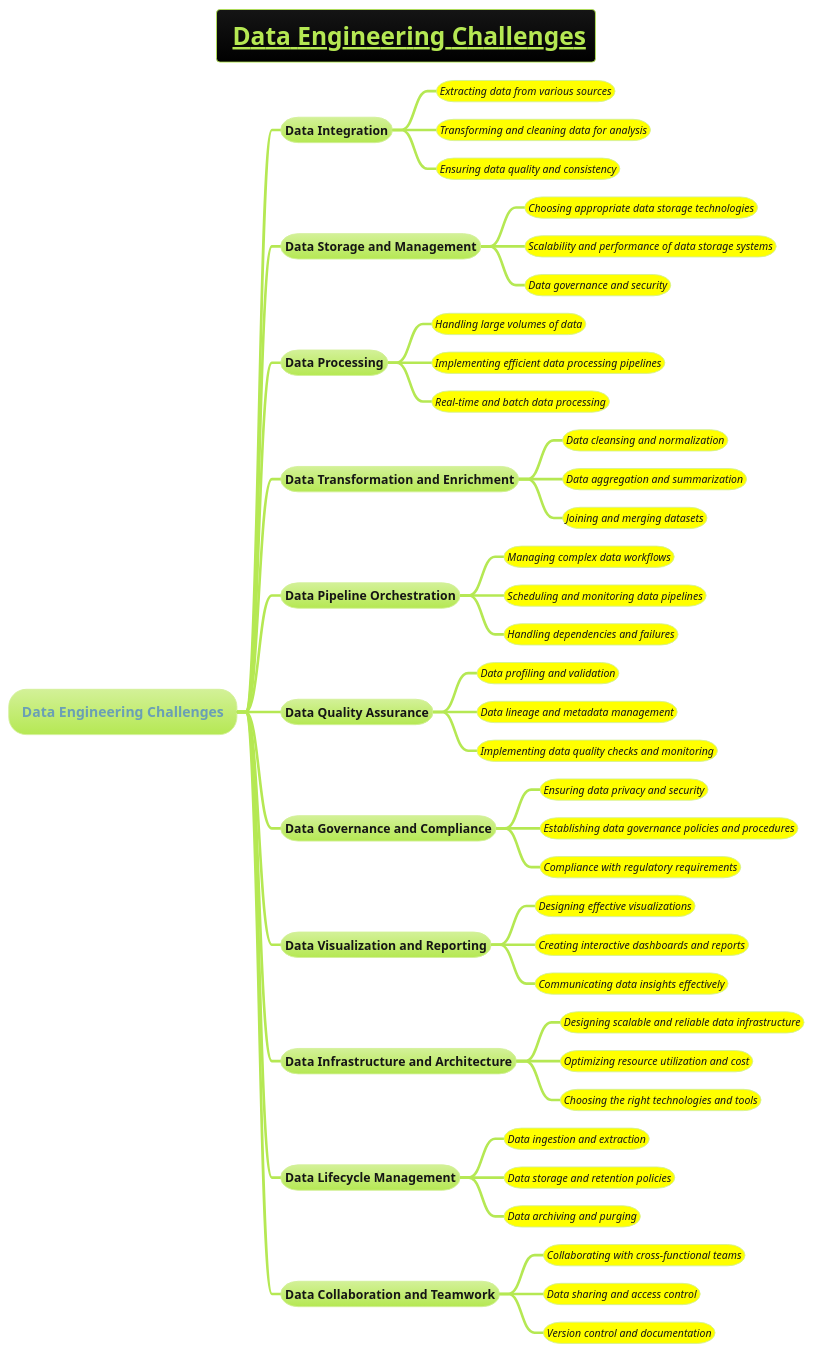
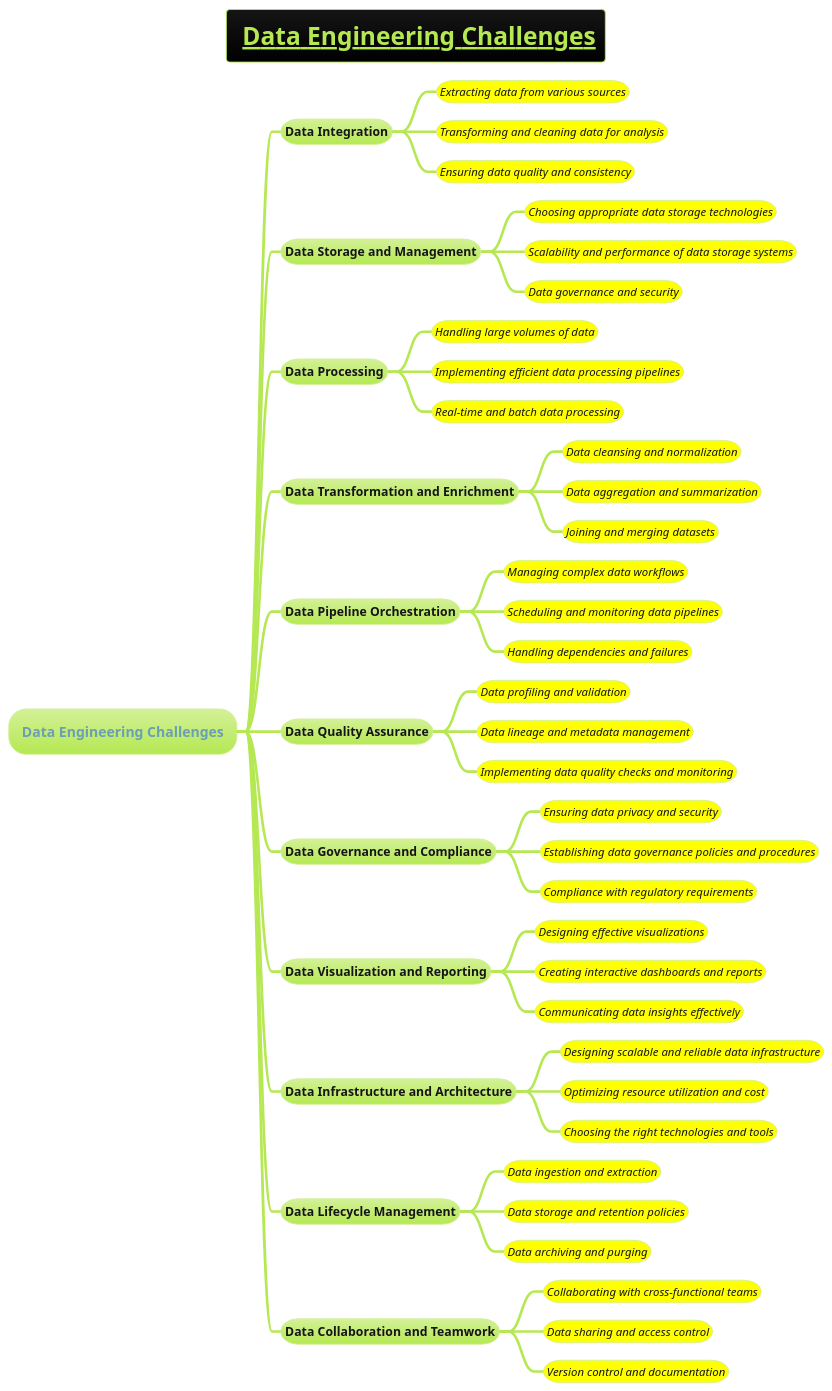
Before and after one commit to MehmoodHashmi/Documentation-as-Code-DaC: the diagram in docs/AI-ML- DL-Data-Science-and-BigData/data-science/data-engineering/Data-Engineering-Challenges.puml, drawn with PlantUML. The commit also changed 1 other file, not shown here.

```diff
--- a/docs/AI-ML- DL-Data-Science-and-BigData/data-science/data-engineering/Data-Engineering-Challenges.puml
+++ b/docs/AI-ML- DL-Data-Science-and-BigData/data-science/data-engineering/Data-Engineering-Challenges.puml
@@ -1,50 +1,50 @@
 @startmindmap
 title =__ Data Engineering Challenges__
 !theme hacker
 
 * Data Engineering Challenges
 ** Data Integration
-***[#yellow] ====<size:12>Extracting data from various sources
-***[#yellow] ====<size:12>Transforming and cleaning data for analysis
-***[#yellow] ====<size:12>Ensuring data quality and consistency
+***[#yellow] ====<size:13>Extracting data from various sources
+***[#yellow] ====<size:13>Transforming and cleaning data for analysis
+***[#yellow] ====<size:13>Ensuring data quality and consistency
 ** Data Storage and Management
-***[#yellow] ====<size:12>Choosing appropriate data storage technologies
-***[#yellow] ====<size:12>Scalability and performance of data storage systems
-***[#yellow] ====<size:12>Data governance and security
+***[#yellow] ====<size:13>Choosing appropriate data storage technologies
+***[#yellow] ====<size:13>Scalability and performance of data storage systems
+***[#yellow] ====<size:13>Data governance and security
 ** Data Processing
-***[#yellow] ====<size:12>Handling large volumes of data
-***[#yellow] ====<size:12>Implementing efficient data processing pipelines
-***[#yellow] ====<size:12>Real-time and batch data processing
+***[#yellow] ====<size:13>Handling large volumes of data
+***[#yellow] ====<size:13>Implementing efficient data processing pipelines
+***[#yellow] ====<size:13>Real-time and batch data processing
 ** Data Transformation and Enrichment
-***[#yellow] ====<size:12>Data cleansing and normalization
-***[#yellow] ====<size:12>Data aggregation and summarization
-***[#yellow] ====<size:12>Joining and merging datasets
+***[#yellow] ====<size:13>Data cleansing and normalization
+***[#yellow] ====<size:13>Data aggregation and summarization
+***[#yellow] ====<size:13>Joining and merging datasets
 ** Data Pipeline Orchestration
-***[#yellow] ====<size:12>Managing complex data workflows
-***[#yellow] ====<size:12>Scheduling and monitoring data pipelines
-***[#yellow] ====<size:12>Handling dependencies and failures
+***[#yellow] ====<size:13>Managing complex data workflows
+***[#yellow] ====<size:13>Scheduling and monitoring data pipelines
+***[#yellow] ====<size:13>Handling dependencies and failures
 ** Data Quality Assurance
-***[#yellow] ====<size:12>Data profiling and validation
-***[#yellow] ====<size:12>Data lineage and metadata management
-***[#yellow] ====<size:12>Implementing data quality checks and monitoring
+***[#yellow] ====<size:13>Data profiling and validation
+***[#yellow] ====<size:13>Data lineage and metadata management
+***[#yellow] ====<size:13>Implementing data quality checks and monitoring
 ** Data Governance and Compliance
-***[#yellow] ====<size:12>Ensuring data privacy and security
-***[#yellow] ====<size:12>Establishing data governance policies and procedures
-***[#yellow] ====<size:12>Compliance with regulatory requirements
+***[#yellow] ====<size:13>Ensuring data privacy and security
+***[#yellow] ====<size:13>Establishing data governance policies and procedures
+***[#yellow] ====<size:13>Compliance with regulatory requirements
 ** Data Visualization and Reporting
-***[#yellow] ====<size:12>Designing effective visualizations
-***[#yellow] ====<size:12>Creating interactive dashboards and reports
-***[#yellow] ====<size:12>Communicating data insights effectively
+***[#yellow] ====<size:13>Designing effective visualizations
+***[#yellow] ====<size:13>Creating interactive dashboards and reports
+***[#yellow] ====<size:13>Communicating data insights effectively
 ** Data Infrastructure and Architecture
-***[#yellow] ====<size:12>Designing scalable and reliable data infrastructure
-***[#yellow] ====<size:12>Optimizing resource utilization and cost
-***[#yellow] ====<size:12>Choosing the right technologies and tools
+***[#yellow] ====<size:13>Designing scalable and reliable data infrastructure
+***[#yellow] ====<size:13>Optimizing resource utilization and cost
+***[#yellow] ====<size:13>Choosing the right technologies and tools
 ** Data Lifecycle Management
-***[#yellow] ====<size:12>Data ingestion and extraction
-***[#yellow] ====<size:12>Data storage and retention policies
-***[#yellow] ====<size:12>Data archiving and purging
+***[#yellow] ====<size:13>Data ingestion and extraction
+***[#yellow] ====<size:13>Data storage and retention policies
+***[#yellow] ====<size:13>Data archiving and purging
 ** Data Collaboration and Teamwork
-***[#yellow] ====<size:12>Collaborating with cross-functional teams
-***[#yellow] ====<size:12>Data sharing and access control
-***[#yellow] ====<size:12>Version control and documentation
+***[#yellow] ====<size:13>Collaborating with cross-functional teams
+***[#yellow] ====<size:13>Data sharing and access control
+***[#yellow] ====<size:13>Version control and documentation
 @endmindmap
```
